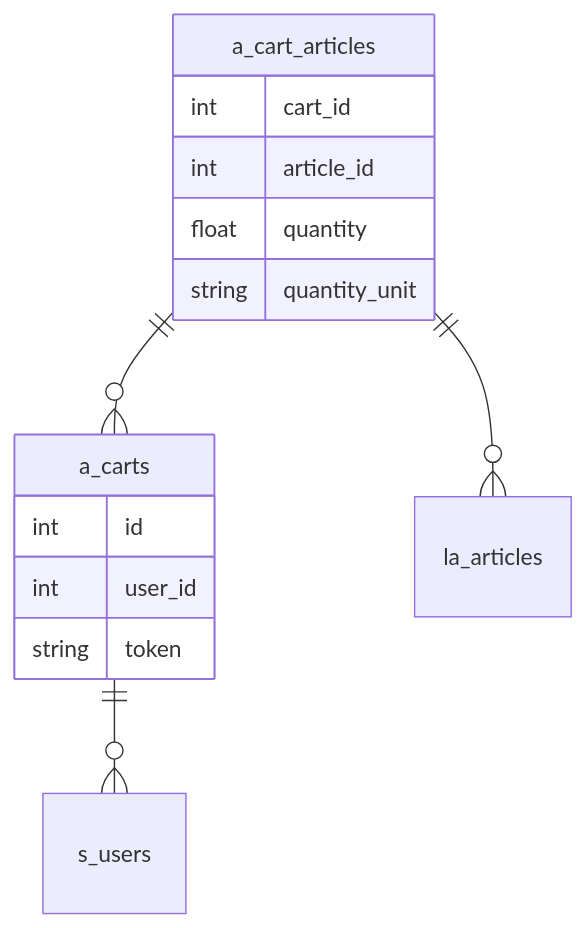
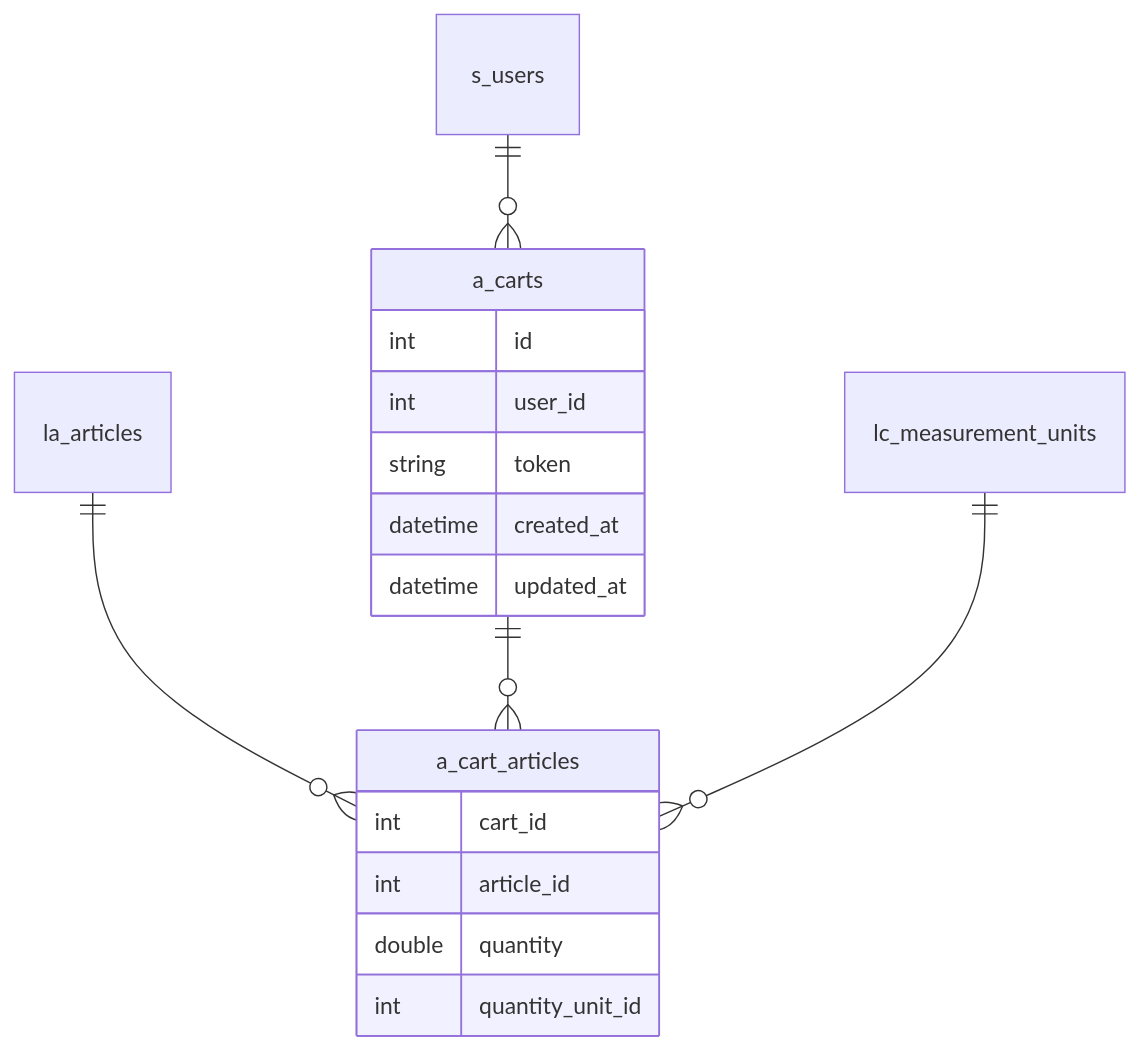
Before and after one commit to grey-dev-0/oaters: the diagram in docs/database/amethyst-diagram.md, drawn with Mermaid. The commit also changed 10 other files, not shown here.

Commit message:
Updated ERD generation based on deployed database schema instead of migration files scanning.

````diff
--- a/docs/database/amethyst-diagram.md
+++ b/docs/database/amethyst-diagram.md
@@ -3,18 +3,21 @@
 ```mermaid
 erDiagram
+    a_cart_articles {
+        int cart_id
+        int article_id
+        double quantity
+        int quantity_unit_id
+    }
     a_carts {
         int id
         int user_id
         string token
+        datetime created_at
+        datetime updated_at
     }
-    a_cart_articles {
-        int cart_id
-        int article_id
-        float quantity
-        string quantity_unit
-    }
-    a_carts ||--o{ s_users : ""
-    a_cart_articles ||--o{ a_carts : ""
-    a_cart_articles ||--o{ la_articles : ""
+    la_articles ||--o{ a_cart_articles : ""
+    a_carts ||--o{ a_cart_articles : ""
+    lc_measurement_units ||--o{ a_cart_articles : ""
+    s_users ||--o{ a_carts : ""
 
 ```
````
